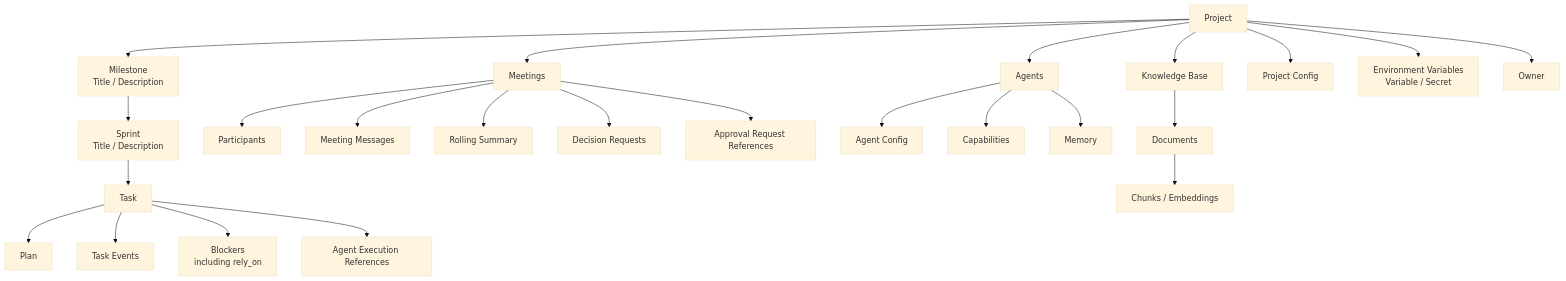
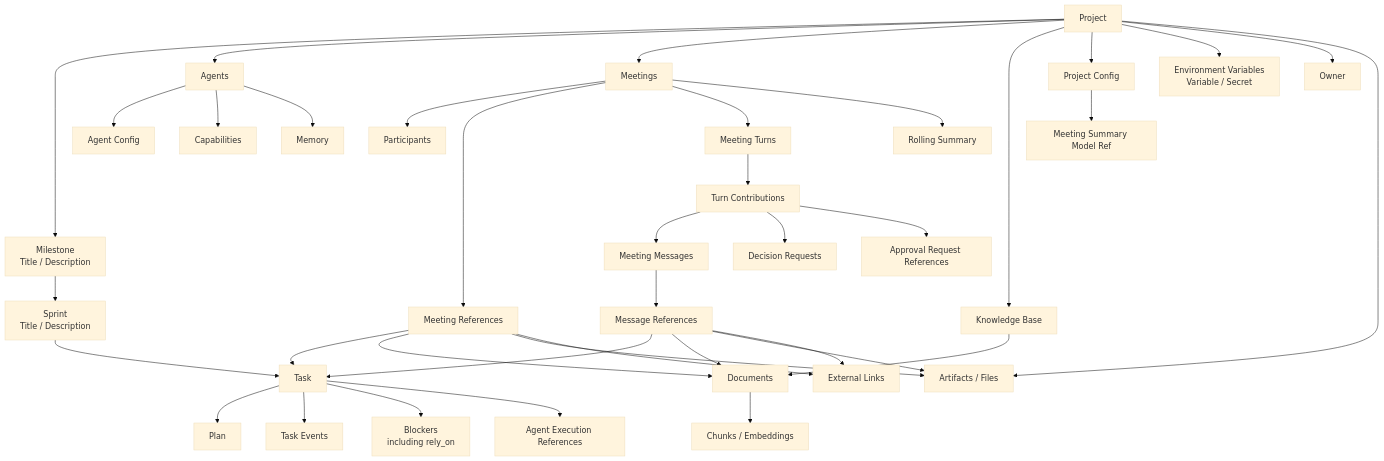
One commit to LunaDeerTech/agenteam changed the first of 3 diagrams in docs/architecture/project-work-management/README.md. Above: the diagram before and after it, drawn with Mermaid (base theme). The commit also changed other lines of this file and 18 other files, not shown here.

Commit message:
docs: refine meeting architecture and detailed design

````diff
--- a/docs/architecture/project-work-management/README.md
+++ b/docs/architecture/project-work-management/README.md
@@ -23,33 +23,48 @@
 ```mermaid
 flowchart TB
     Project["Project"]
 
     Project --> Milestone["Milestone<br/>Title / Description"]
     Milestone --> Sprint["Sprint<br/>Title / Description"]
     Sprint --> Task["Task"]
 
     Project --> Agent["Agents"]
     Project --> Meeting["Meetings"]
     Project --> KB["Knowledge Base"]
     Project --> Config["Project Config"]
     Project --> EnvVars["Environment Variables<br/>Variable / Secret"]
     Project --> Owner["Owner"]
 
     Task --> Plan["Plan"]
     Task --> Events["Task Events"]
     Task --> Blockers["Blockers<br/>including rely_on"]
     Task --> AgentExecutions["Agent Execution References"]
 
     Meeting --> Participants["Participants"]
-    Meeting --> Messages["Meeting Messages"]
+    Meeting --> MeetingRefs["Meeting References"]
+    Meeting --> Turns["Meeting Turns"]
+    Turns --> Contributions["Turn Contributions"]
+    Contributions --> Messages["Meeting Messages"]
+    Messages --> MessageRefs["Message References"]
+    Contributions --> DecisionReq["Decision Requests"]
+    Contributions --> ApprovalRefs["Approval Request References"]
     Meeting --> Summary["Rolling Summary"]
-    Meeting --> DecisionReq["Decision Requests"]
-    Meeting --> ApprovalRefs["Approval Request References"]
 
     Agent --> AgentConfig["Agent Config"]
     Agent --> Capability["Capabilities"]
     Agent --> Memory["Memory"]
+    Config --> MeetingSummaryModel["Meeting Summary Model Ref"]
 
     KB --> Documents["Documents"]
+    Project --> Artifacts["Artifacts / Files"]
+    Links["External Links"]
+    MeetingRefs --> Task
+    MeetingRefs --> Documents
+    MeetingRefs --> Artifacts
+    MeetingRefs --> Links
+    MessageRefs --> Task
+    MessageRefs --> Documents
+    MessageRefs --> Artifacts
+    MessageRefs --> Links
     Documents --> Chunks["Chunks / Embeddings"]
 ```
````
